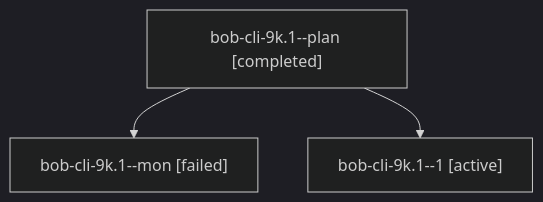
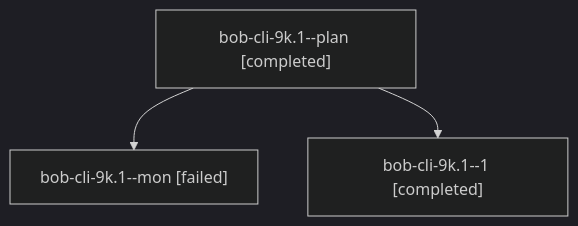
Before and after one commit to bobs-org/bob-cli--agents: the diagram in sessions/bbugyi200.athena.bob-cli-9k.1.md, drawn with Mermaid (dark theme). The commit also changed other lines of this file and 27 other files, not shown here.

````diff
--- a/sessions/bbugyi200.athena.bob-cli-9k.1.md
+++ b/sessions/bbugyi200.athena.bob-cli-9k.1.md
@@ -9,8 +9,8 @@
 ```mermaid
 flowchart TD
   n0["bob-cli-9k.1--plan [completed]"]
   n1["bob-cli-9k.1--mon [failed]"]
   n0 --> n1
-  n2["bob-cli-9k.1--1 [active]"]
+  n2["bob-cli-9k.1--1 [completed]"]
   n0 --> n2
 ```
````
